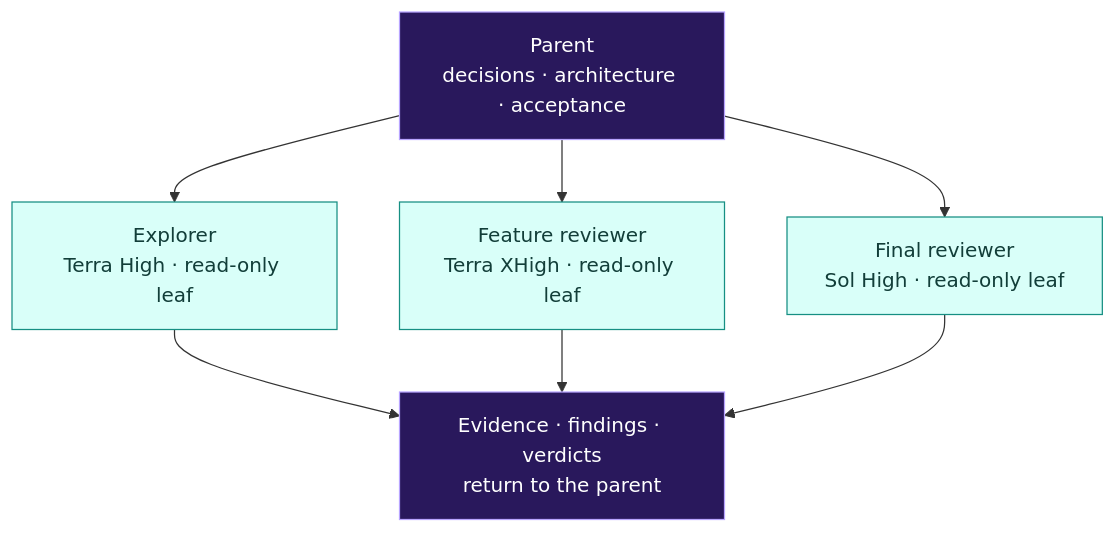
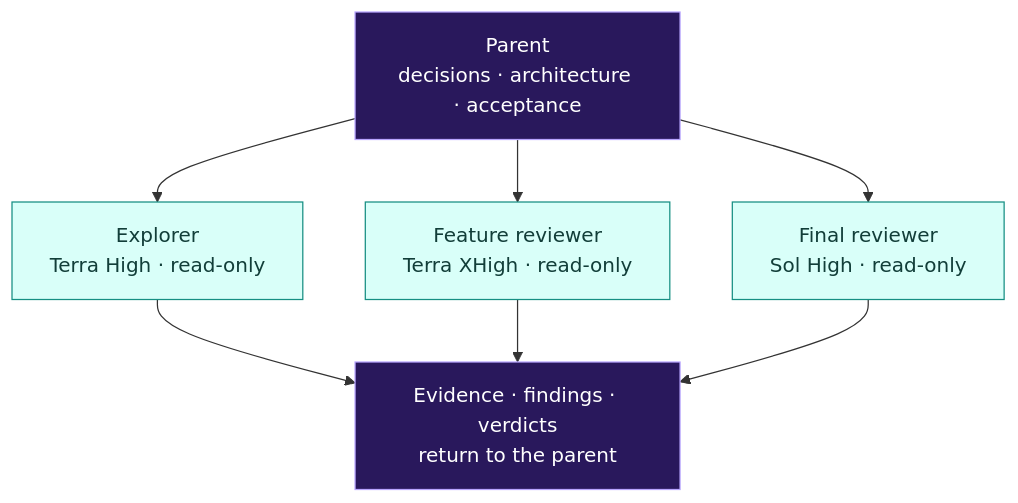
Before and after one commit to aididhaiqal/adaptive-superpowers: the fifth of 5 diagrams in README.md, drawn with Mermaid. The commit also changed other lines of this file and 55 other files, not shown here.

````diff
--- a/README.md
+++ b/README.md
@@ -273,15 +296,15 @@
 ```mermaid
 flowchart TB
     P["Parent<br/>decisions · architecture · acceptance"]
-    P --> E["Explorer<br/>Terra High · read-only leaf"]
-    P --> F["Feature reviewer<br/>Terra XHigh · read-only leaf"]
-    P --> R["Final reviewer<br/>Sol High · read-only leaf"]
+    P --> E["Explorer<br/>Terra High · read-only"]
+    P --> F["Feature reviewer<br/>Terra XHigh · read-only"]
+    P --> R["Final reviewer<br/>Sol High · read-only"]
     E --> O["Evidence · findings · verdicts<br/>return to the parent"]
     F --> O
     R --> O
 
     classDef parent fill:#29185c,stroke:#b8a4ff,color:#fff
     classDef leaf fill:#d9fff9,stroke:#168f83,color:#123e39
     class P,O parent
     class E,F,R leaf
 ```
````
